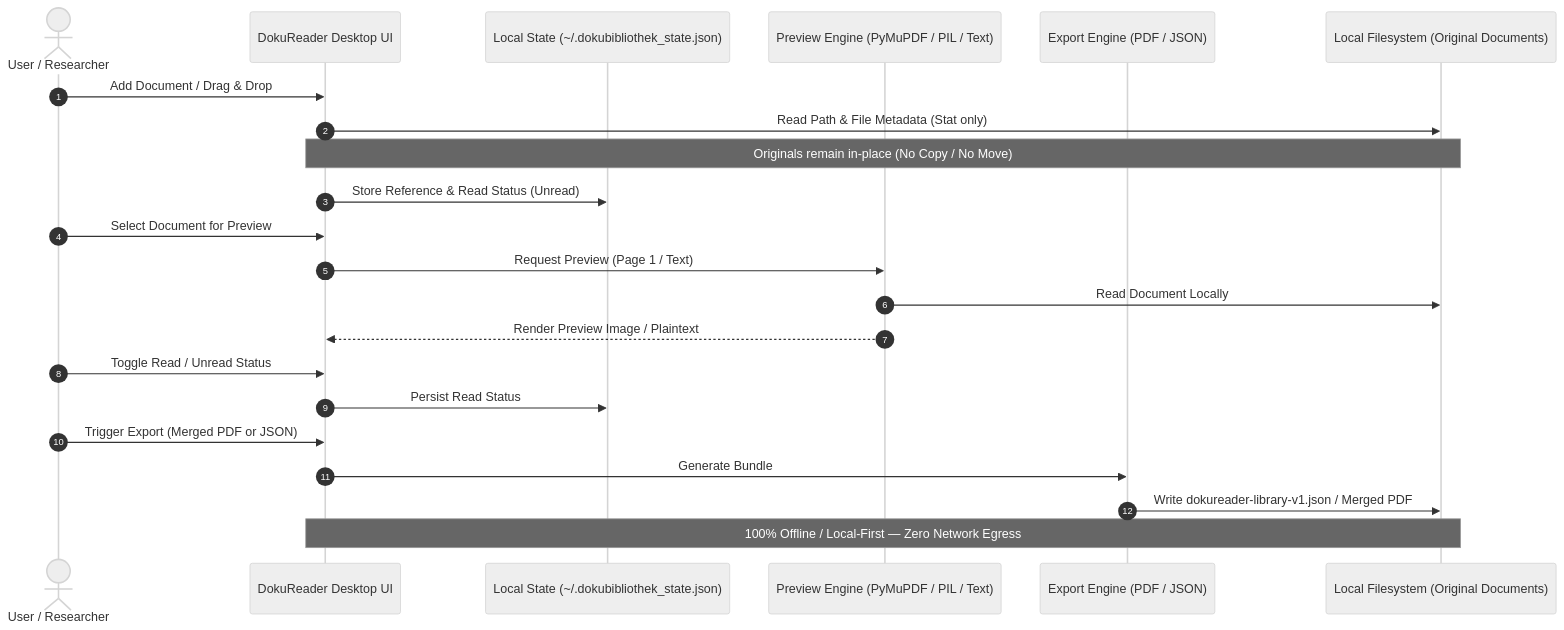
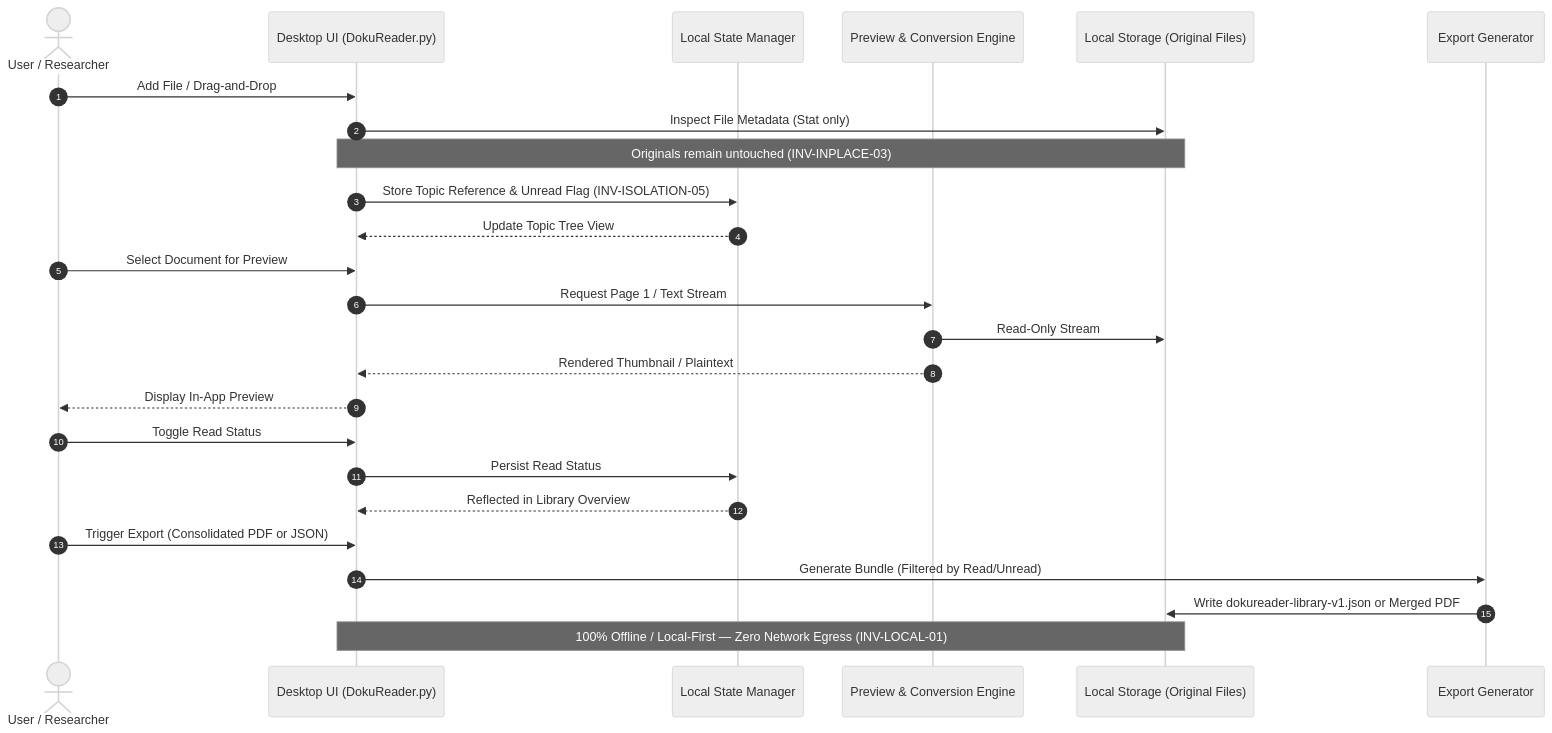
The second of 2 diagrams in README.md (doc-bricks/DokuReader), drawn with Mermaid (neutral theme) before and after one commit. The commit also changed other lines of this file and 9 other files, not shown here.

Commit message:
docs(marketing): Pfad B discoverability, 15-point nav, dual mermaid & invariants

````diff
--- a/README.md
+++ b/README.md
@@ -97,25 +145,31 @@
 ```mermaid
 sequenceDiagram
     autonumber
     actor User as User / Researcher
-    participant UI as DokuReader Desktop UI
-    participant State as Local State (~/.dokubibliothek_state.json)
-    participant Preview as Preview Engine (PyMuPDF / PIL / Text)
-    participant Exporter as Export Engine (PDF / JSON)
-    participant LocalDisk as Local Filesystem (Original Documents)
+    participant UI as Desktop UI (DokuReader.py)
+    participant State as Local State Manager
+    participant Engine as Preview & Conversion Engine
+    participant Disk as Local Storage (Original Files)
+    participant Output as Export Generator
 
-    User->>UI: Add Document / Drag & Drop
-    UI->>LocalDisk: Read Path & File Metadata (Stat only)
-    Note over UI,LocalDisk: Originals remain in-place (No Copy / No Move)
-    UI->>State: Store Reference & Read Status (Unread)
+    User->>UI: Add File / Drag-and-Drop
+    UI->>Disk: Inspect File Metadata (Stat only)
+    Note over UI,Disk: Originals remain untouched (INV-INPLACE-03)
+    UI->>State: Store Topic Reference & Unread Flag (INV-ISOLATION-05)
+    State-->>UI: Update Topic Tree View
+
     User->>UI: Select Document for Preview
-    UI->>Preview: Request Preview (Page 1 / Text)
-    Preview->>LocalDisk: Read Document Locally
-    Preview-->>UI: Render Preview Image / Plaintext
-    User->>UI: Toggle Read / Unread Status
+    UI->>Engine: Request Page 1 / Text Stream
+    Engine->>Disk: Read-Only Stream
+    Engine-->>UI: Rendered Thumbnail / Plaintext
+    UI-->>User: Display In-App Preview
+
+    User->>UI: Toggle Read Status
     UI->>State: Persist Read Status
-    User->>UI: Trigger Export (Merged PDF or JSON)
-    UI->>Exporter: Generate Bundle
-    Exporter->>LocalDisk: Write dokureader-library-v1.json / Merged PDF
-    Note over UI,LocalDisk: 100% Offline / Local-First — Zero Network Egress
+    State-->>UI: Reflected in Library Overview
+
+    User->>UI: Trigger Export (Consolidated PDF or JSON)
+    UI->>Output: Generate Bundle (Filtered by Read/Unread)
+    Output->>Disk: Write dokureader-library-v1.json or Merged PDF
+    Note over UI,Disk: 100% Offline / Local-First — Zero Network Egress (INV-LOCAL-01)
 ```
````
